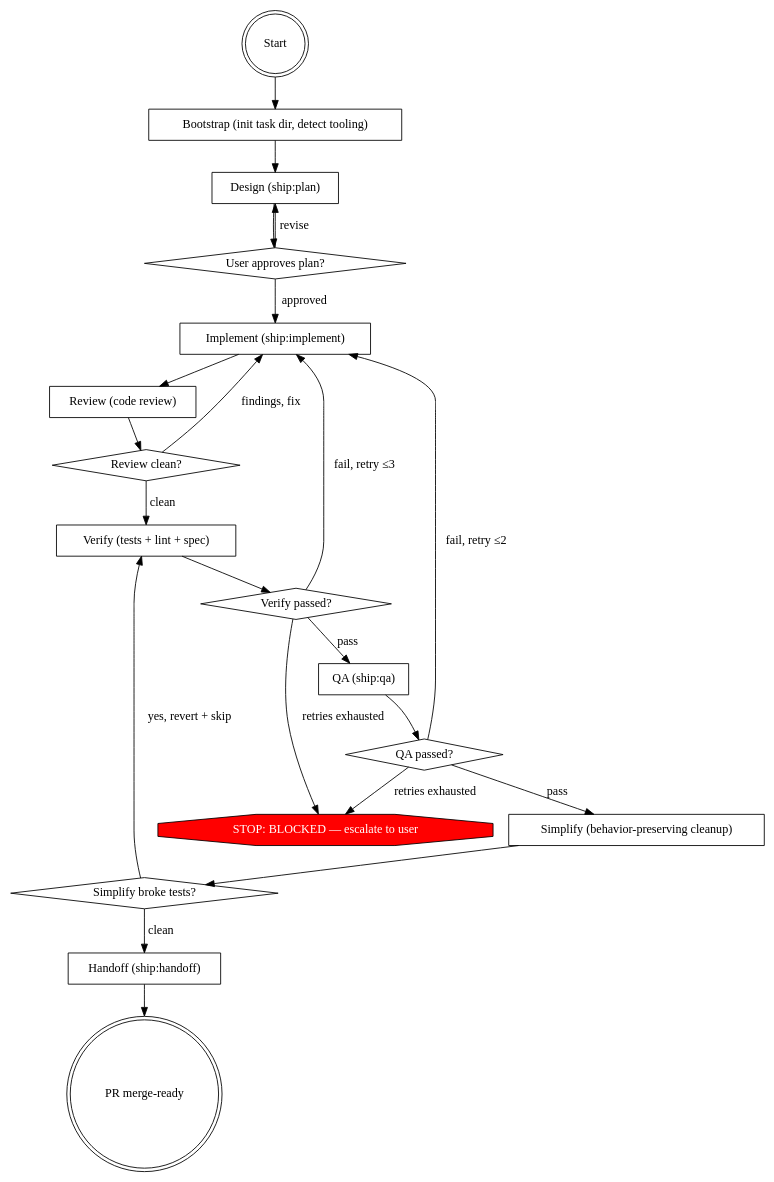
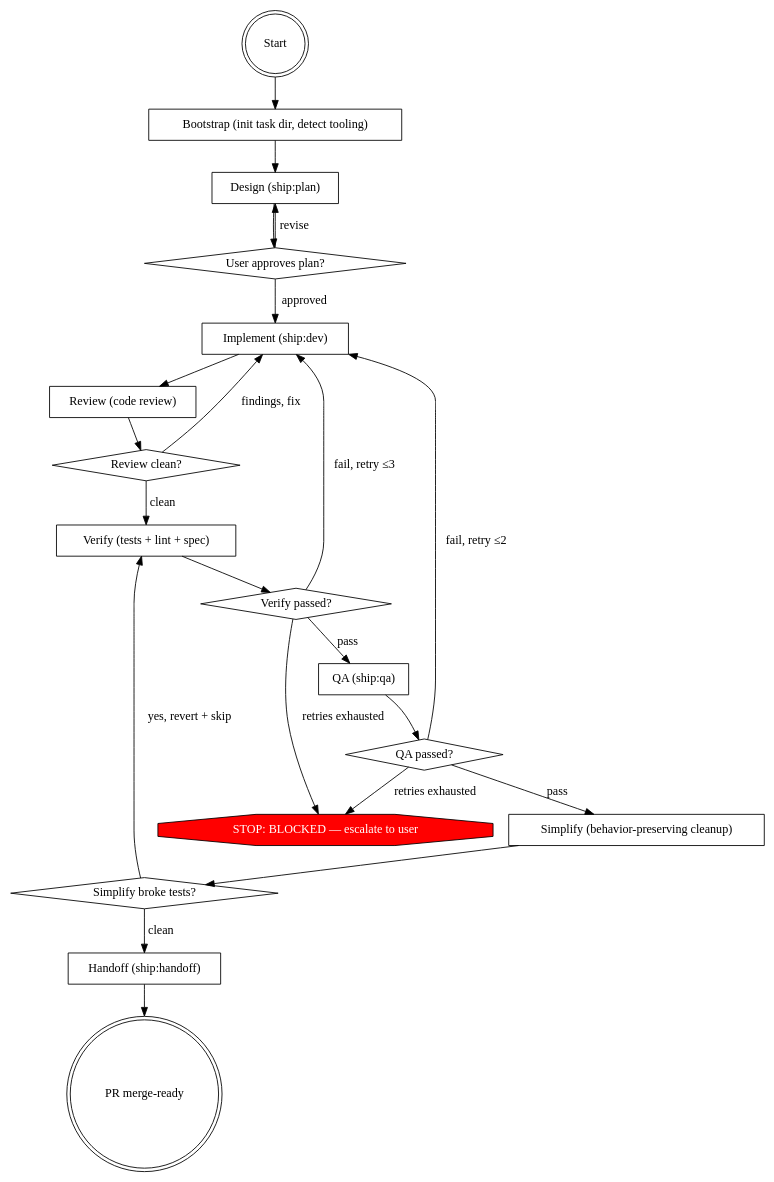
Before and after one commit to heliohq/ship: the diagram in skills/auto/SKILL.md, drawn with Graphviz. The commit also changed other lines of this file and 7 other files, not shown here.

Commit message:
chore: rename ship:implement → ship:dev, fix website URL to https://www.ship.tech

````diff
--- a/skills/auto/SKILL.md
+++ b/skills/auto/SKILL.md
@@ -58,44 +58,44 @@
 ```dot
 digraph auto {
     rankdir=TB;
 
     "Start" [shape=doublecircle];
     "Bootstrap (init task dir, detect tooling)" [shape=box];
     "Design (ship:plan)" [shape=box];
     "User approves plan?" [shape=diamond];
-    "Implement (ship:implement)" [shape=box];
+    "Implement (ship:dev)" [shape=box];
     "Review (code review)" [shape=box];
     "Review clean?" [shape=diamond];
     "Verify (tests + lint + spec)" [shape=box];
     "Verify passed?" [shape=diamond];
     "QA (ship:qa)" [shape=box];
     "QA passed?" [shape=diamond];
     "Simplify (behavior-preserving cleanup)" [shape=box];
     "Simplify broke tests?" [shape=diamond];
     "Handoff (ship:handoff)" [shape=box];
     "PR merge-ready" [shape=doublecircle];
     "STOP: BLOCKED — escalate to user" [shape=octagon, style=filled, fillcolor=red, fontcolor=white];
 
     "Start" -> "Bootstrap (init task dir, detect tooling)";
     "Bootstrap (init task dir, detect tooling)" -> "Design (ship:plan)";
     "Design (ship:plan)" -> "User approves plan?";
     "User approves plan?" -> "Design (ship:plan)" [label="revise"];
-    "User approves plan?" -> "Implement (ship:implement)" [label="approved"];
-    "Implement (ship:implement)" -> "Review (code review)";
+    "User approves plan?" -> "Implement (ship:dev)" [label="approved"];
+    "Implement (ship:dev)" -> "Review (code review)";
     "Review (code review)" -> "Review clean?";
-    "Review clean?" -> "Implement (ship:implement)" [label="findings, fix"];
+    "Review clean?" -> "Implement (ship:dev)" [label="findings, fix"];
     "Review clean?" -> "Verify (tests + lint + spec)" [label="clean"];
     "Verify (tests + lint + spec)" -> "Verify passed?";
-    "Verify passed?" -> "Implement (ship:implement)" [label="fail, retry ≤3"];
+    "Verify passed?" -> "Implement (ship:dev)" [label="fail, retry ≤3"];
     "Verify passed?" -> "QA (ship:qa)" [label="pass"];
     "Verify passed?" -> "STOP: BLOCKED — escalate to user" [label="retries exhausted"];
     "QA (ship:qa)" -> "QA passed?";
-    "QA passed?" -> "Implement (ship:implement)" [label="fail, retry ≤2"];
+    "QA passed?" -> "Implement (ship:dev)" [label="fail, retry ≤2"];
     "QA passed?" -> "Simplify (behavior-preserving cleanup)" [label="pass"];
     "QA passed?" -> "STOP: BLOCKED — escalate to user" [label="retries exhausted"];
     "Simplify (behavior-preserving cleanup)" -> "Simplify broke tests?";
     "Simplify broke tests?" -> "Verify (tests + lint + spec)" [label="yes, revert + skip"];
     "Simplify broke tests?" -> "Handoff (ship:handoff)" [label="clean"];
     "Handoff (ship:handoff)" -> "PR merge-ready";
 }
 ```
````
